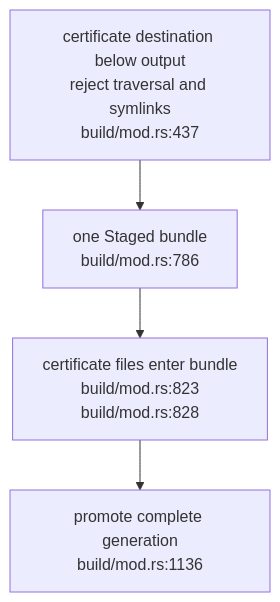
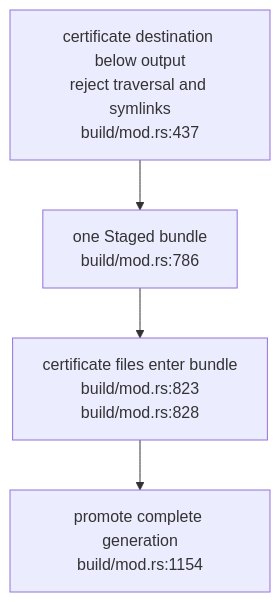
One commit to DreamLab-AI/VisionFlow changed the first of 3 diagrams in docs/diagrams/ontomark/13-certificate-transaction-and-identity-repairs.md. Above: the diagram before and after it, drawn with Mermaid. The commit also changed other lines of this file and 70 other files, not shown here.

First line of the commit message:
docs(diagrams): re-verify 69 topics at current default-branch heads

````diff
--- a/docs/diagrams/ontomark/13-certificate-transaction-and-identity-repairs.md
+++ b/docs/diagrams/ontomark/13-certificate-transaction-and-identity-repairs.md
@@ -24,8 +24,8 @@
 ```mermaid
 flowchart TB
     DEST["certificate destination below output<br/>reject traversal and symlinks<br/>build/mod.rs:437"]
     STAGE["one Staged bundle<br/>build/mod.rs:786"]
     CERT["certificate files enter bundle<br/>build/mod.rs:823<br/>build/mod.rs:828"]
-    PROMOTE["promote complete generation<br/>build/mod.rs:1136"]
+    PROMOTE["promote complete generation<br/>build/mod.rs:1154"]
     DEST --> STAGE --> CERT --> PROMOTE
 ```
````
